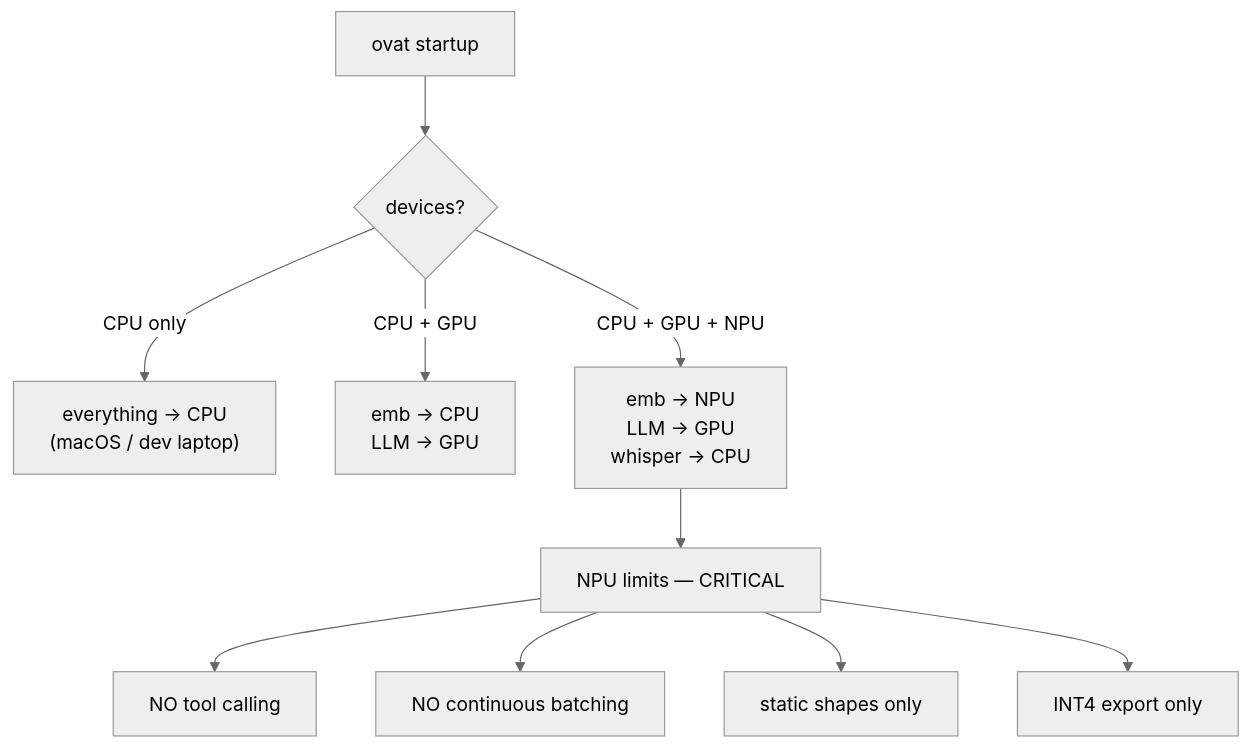
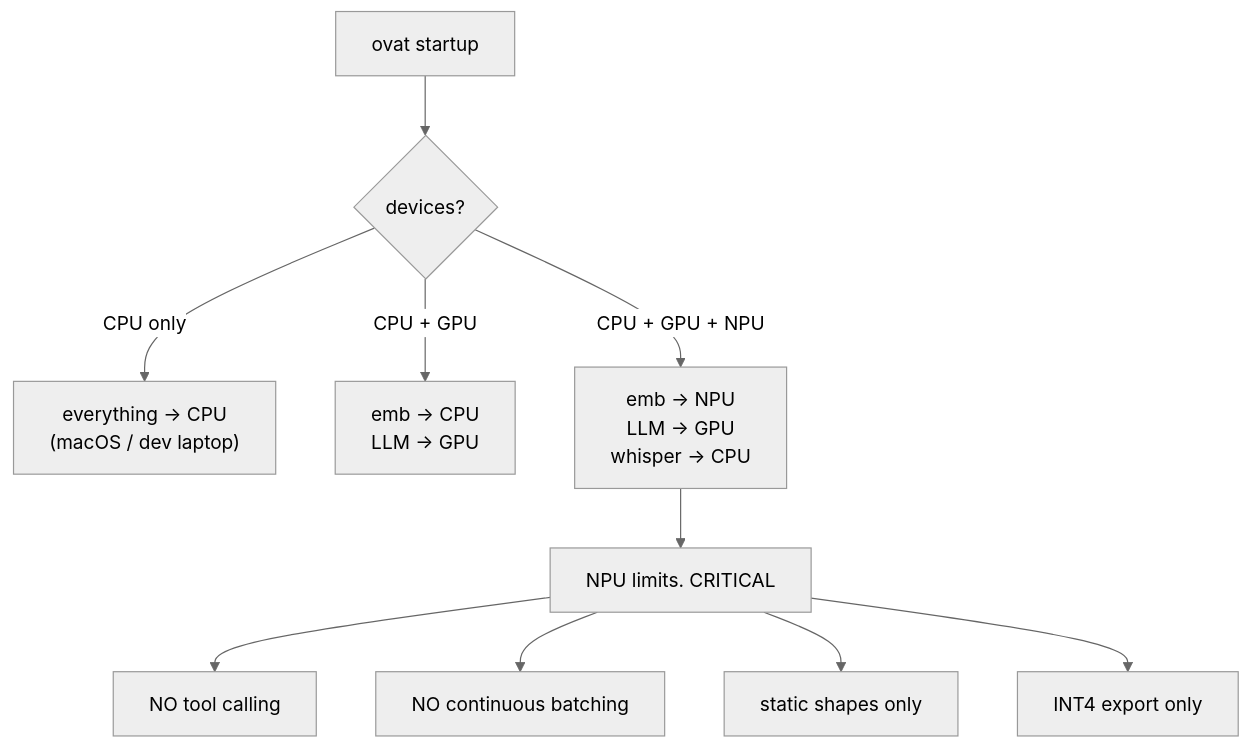
The seventh of 10 diagrams in docs/ARCHITECTURE.md (Lagmator22/ovat), drawn with Mermaid (neutral theme) before and after one commit. The commit also changed other lines of this file and 5 other files, not shown here.

````diff
--- a/docs/ARCHITECTURE.md
+++ b/docs/ARCHITECTURE.md
@@ -464,13 +464,13 @@
 ```mermaid
 flowchart TD
     Start["ovat startup"] --> Detect{"devices?"}
     Detect -->|"CPU only"| CPUOnly["everything → CPU<br/>(macOS / dev laptop)"]
     Detect -->|"CPU + GPU"| NoNPU["emb → CPU<br/>LLM → GPU"]
     Detect -->|"CPU + GPU + NPU"| Full["emb → NPU<br/>LLM → GPU<br/>whisper → CPU"]
 
-    Full --> Limits["NPU limits — CRITICAL"]
+    Full --> Limits["NPU limits. CRITICAL"]
     Limits --> L1["NO tool calling"]
     Limits --> L2["NO continuous batching"]
     Limits --> L3["static shapes only"]
     Limits --> L4["INT4 export only"]
 ```
````
